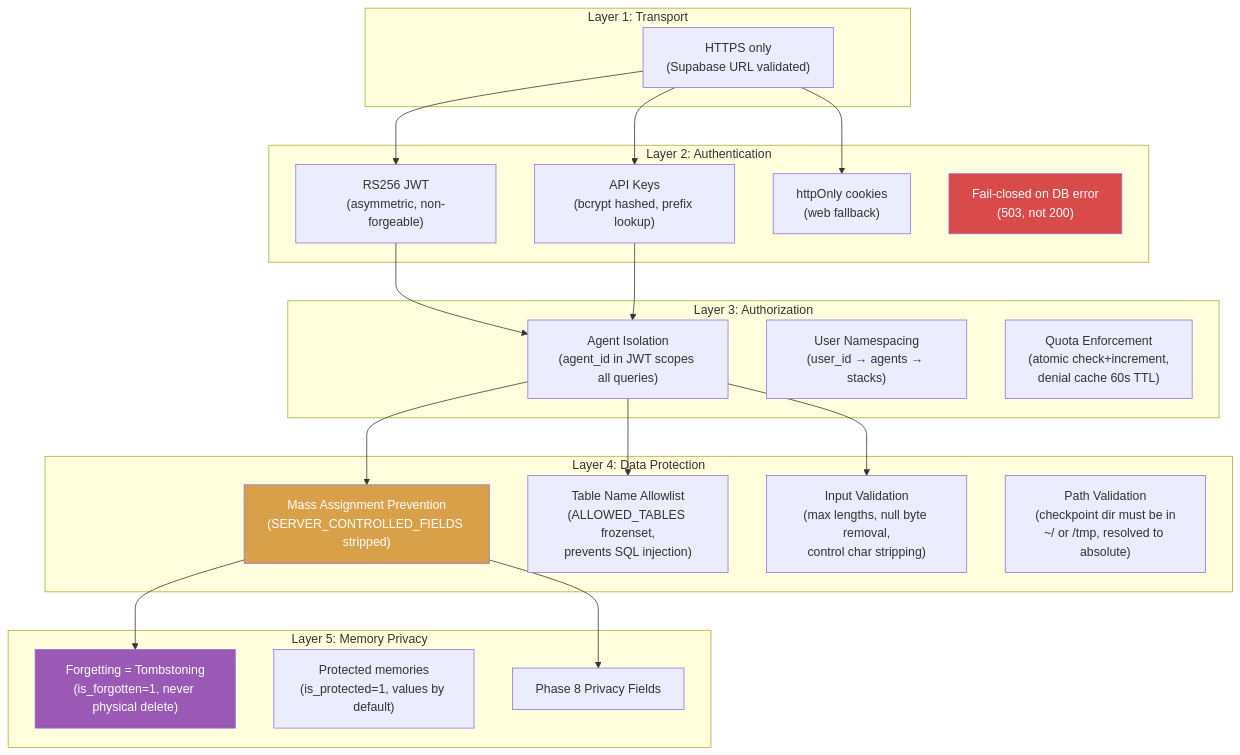
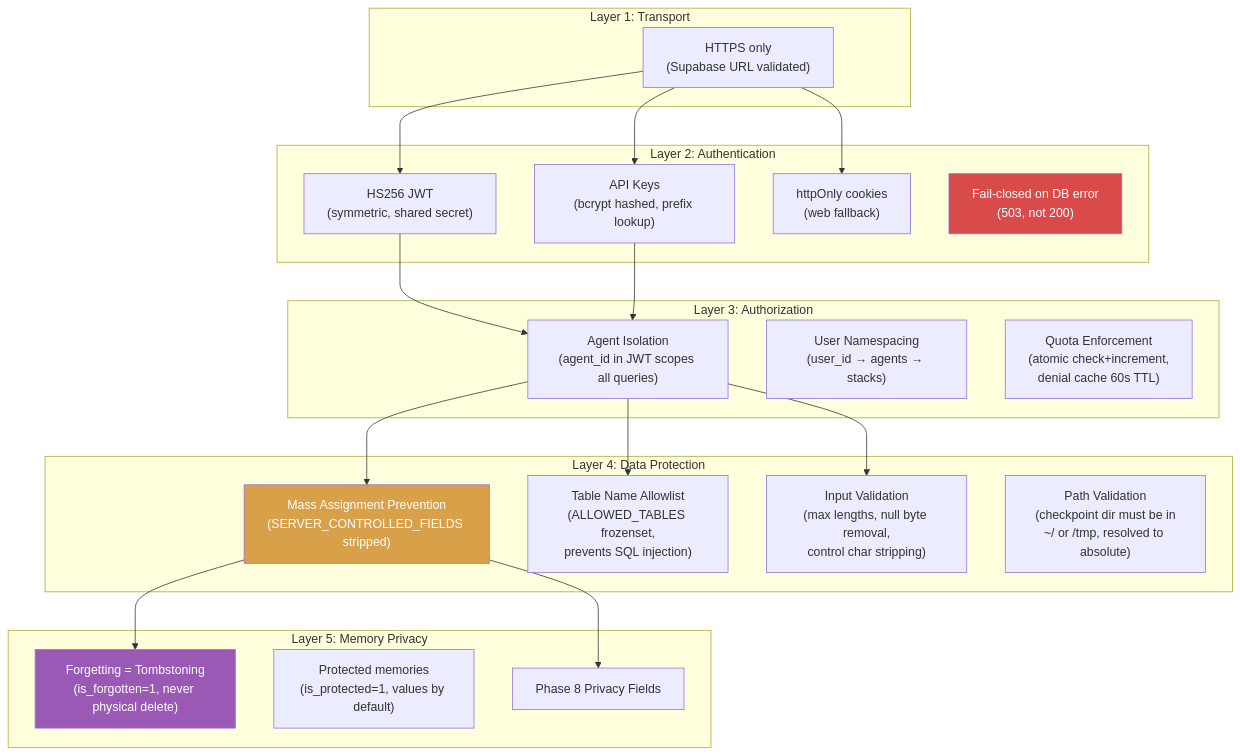
Diagram 28 of 32 in docs/ARCHITECTURE_DIAGRAMS.md (Emergent-Instruments/kernle), drawn with Mermaid before and after one commit. The commit also changed other lines of this file and 1 other file, not shown here.

Commit message:
fix: align docs with current auth implementation (HS256 not RS256) (#100)
Architecture diagrams incorrectly showed RS256 JWT. Code uses HS256
(intentional, set in PR #75 auth hardening). Updated:
- Diagram 2.4: JWT → HS256
- Diagram 7.1: Defense layers → HS256 symmetric
- All node references updated (JWT_RS → JWT_HS)

Added to roadmap (planned):
- RS256 migration (when Bettik launches as separate service)
- CSRF protections for cookie auth
- Trusted proxy config for rate limiter

Addresses #92 (docs alignment), related to #90, #93.

````diff
--- a/docs/ARCHITECTURE_DIAGRAMS.md
+++ b/docs/ARCHITECTURE_DIAGRAMS.md
@@ -1251,42 +1251,42 @@
 ```mermaid
 graph TB
     subgraph "Layer 1: Transport"
         HTTPS["HTTPS only<br/>(Supabase URL validated)"]
     end
 
     subgraph "Layer 2: Authentication"
-        JWT_RS["RS256 JWT<br/>(asymmetric, non-forgeable)"]
+        JWT_HS["HS256 JWT<br/>(symmetric, shared secret)"]
         API_KEY_B["API Keys<br/>(bcrypt hashed, prefix lookup)"]
         COOKIE_H["httpOnly cookies<br/>(web fallback)"]
         FAIL_CLOSED["Fail-closed on DB error<br/>(503, not 200)"]
     end
 
     subgraph "Layer 3: Authorization"
         AGENT_ISO["Agent Isolation<br/>(agent_id in JWT scopes all queries)"]
         USER_NS["User Namespacing<br/>(user_id → agents → stacks)"]
         QUOTA_ENF["Quota Enforcement<br/>(atomic check+increment,<br/>denial cache 60s TTL)"]
     end
 
     subgraph "Layer 4: Data Protection"
         MASS_ASSIGN["Mass Assignment Prevention<br/>(SERVER_CONTROLLED_FIELDS stripped)"]
         TABLE_ALLOW["Table Name Allowlist<br/>(ALLOWED_TABLES frozenset,<br/>prevents SQL injection)"]
         INPUT_VAL["Input Validation<br/>(max lengths, null byte removal,<br/>control char stripping)"]
         PATH_VAL["Path Validation<br/>(checkpoint dir must be in<br/>~/ or /tmp, resolved to absolute)"]
     end
 
     subgraph "Layer 5: Memory Privacy"
         TOMBSTONE["Forgetting = Tombstoning<br/>(is_forgotten=1, never physical delete)"]
         PROTECT["Protected memories<br/>(is_protected=1, values by default)"]
         PRIVACY["Phase 8 Privacy Fields"]
     end
 
-    HTTPS --> JWT_RS & API_KEY_B & COOKIE_H
-    JWT_RS --> AGENT_ISO
+    HTTPS --> JWT_HS & API_KEY_B & COOKIE_H
+    JWT_HS --> AGENT_ISO
     API_KEY_B --> AGENT_ISO
     AGENT_ISO --> MASS_ASSIGN & TABLE_ALLOW & INPUT_VAL
     MASS_ASSIGN --> TOMBSTONE & PRIVACY
 
     style FAIL_CLOSED fill:#d94a4a,color:#fff
     style MASS_ASSIGN fill:#d9a04a,color:#fff
     style TOMBSTONE fill:#9b59b6,color:#fff
 ```
````
